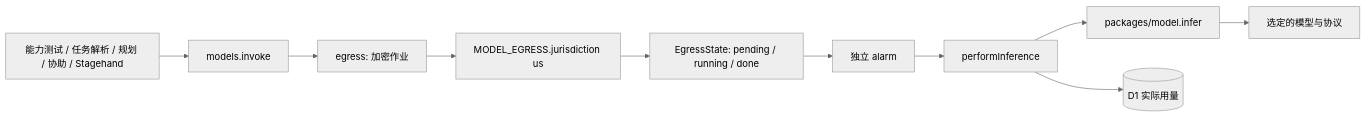
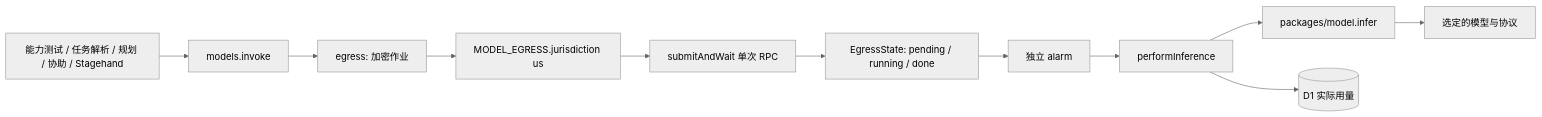
One commit to zhangheng2022/taskrelay changed the fourth of 4 diagrams in docs/ARCHITECTURE.md. Above: the diagram before and after it, drawn with Mermaid (neutral theme). The commit also changed other lines of this file and 10 other files, not shown here.

````diff
--- a/docs/ARCHITECTURE.md
+++ b/docs/ARCHITECTURE.md
@@ -143,12 +143,13 @@
 ```mermaid
 flowchart LR
   CALL[能力测试 / 任务解析 / 规划 / 协助 / Stagehand] --> INV[models.invoke]
   INV --> EGR[egress: 加密作业]
   EGR --> US[MODEL_EGRESS.jurisdiction us]
-  US --> JOB[EgressState: pending / running / done]
+  US --> RPC[submitAndWait 单次 RPC]
+  RPC --> JOB[EgressState: pending / running / done]
   JOB --> ALARM[独立 alarm]
   ALARM --> PERF[performInference]
   PERF --> INF[packages/model.infer]
   INF --> PROVIDER[选定的模型与协议]
   PERF --> USAGE[(D1 实际用量)]
 ```
````
